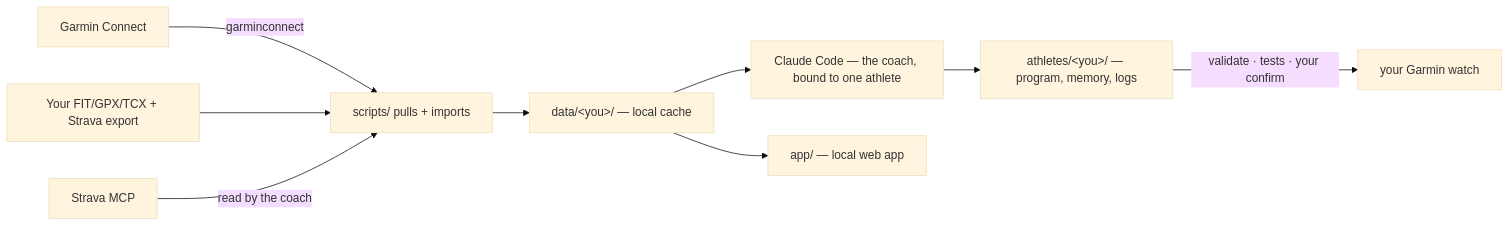
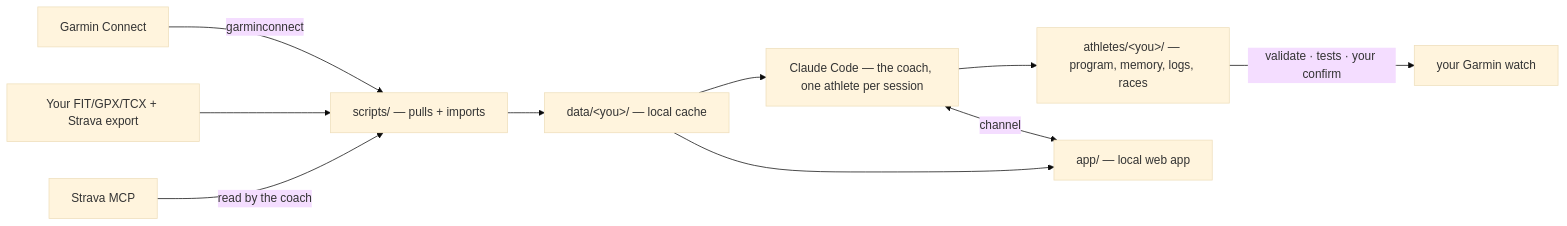
One commit to opensportcoach/opensportcoach changed the diagram in README.md. Above: the diagram before and after it, drawn with Mermaid (base theme). The commit also changed other lines of this file and 97 other files, not shown here.

````diff
--- a/README.md
+++ b/README.md
@@ -83,11 +205,12 @@
 ```mermaid
 flowchart LR
-    G["Garmin Connect"] -->|garminconnect| P["scripts/ pulls + imports"]
+    G["Garmin Connect"] -->|garminconnect| P["scripts/ — pulls + imports"]
     F["Your FIT/GPX/TCX + Strava export"] --> P
     S["Strava MCP"] -->|read by the coach| P
     P --> D["data/&lt;you&gt;/ — local cache"]
-    D --> C["Claude Code — the coach, bound to one athlete"]
-    C --> A["athletes/&lt;you&gt;/ — program, memory, logs"]
+    D --> C["Claude Code — the coach, one athlete per session"]
+    C --> A["athletes/&lt;you&gt;/ — program, memory, logs, races"]
     A -->|validate · tests · your confirm| W["your Garmin watch"]
     D --> UI["app/ — local web app"]
+    C <-->|channel| UI
 ```
````
